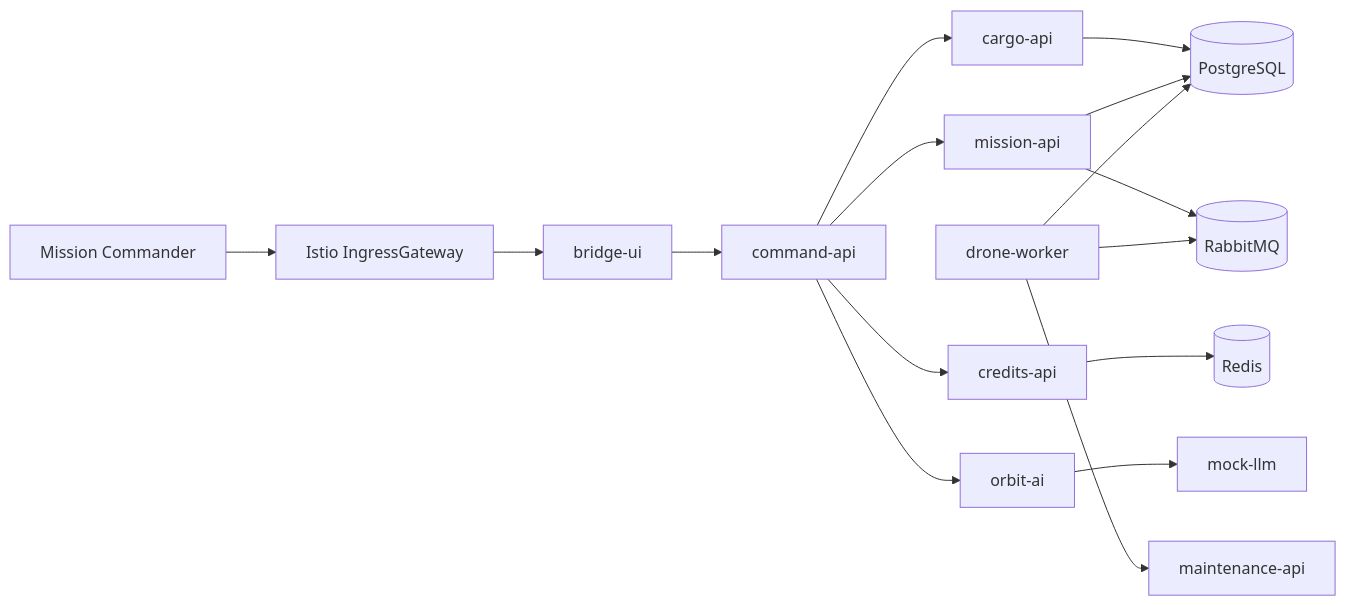
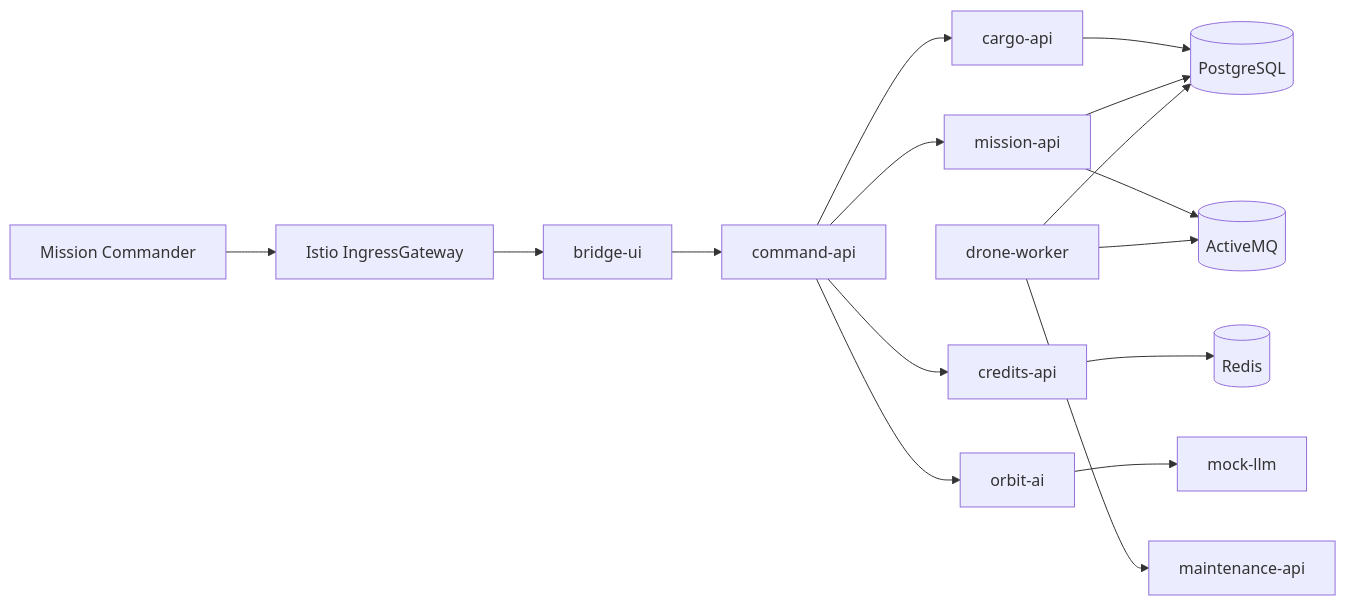
One commit to tristanmarl/nebulatrace changed the diagram in docs/architecture.md. Above: the diagram before and after it, drawn with Mermaid. The commit also changed other lines of this file and 23 other files, not shown here.

````diff
--- a/docs/architecture.md
+++ b/docs/architecture.md
@@ -7,18 +7,18 @@
 ```mermaid
 flowchart LR
   User[Mission Commander] --> GW[Istio IngressGateway]
   GW --> FE[bridge-ui]
   FE --> API[command-api]
   API --> CARGO[cargo-api]
   API --> MISSION[mission-api]
   API --> CREDITS[credits-api]
   API --> ORBIT[orbit-ai]
   CARGO --> PG[(PostgreSQL)]
   MISSION --> PG
-  MISSION --> MQ[(RabbitMQ)]
+  MISSION --> MQ[(ActiveMQ)]
   CREDITS --> REDIS[(Redis)]
   DRONE[drone-worker] --> MQ
   DRONE --> PG
   DRONE --> MAINT[maintenance-api]
   ORBIT --> LLM[mock-llm]
 ```
````
